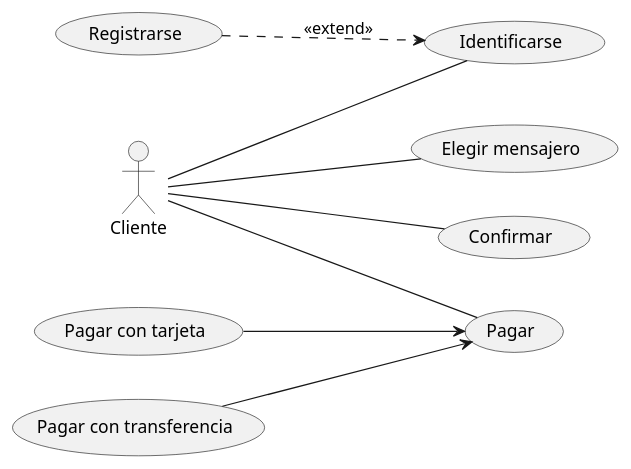
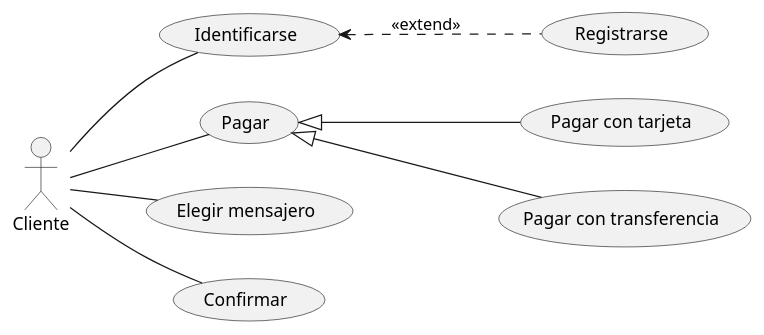
The diagram in src/Tienda_Internet.puml (Jonycuenca/Casos_de_uso), drawn with PlantUML before and after one commit. The commit also changed 2 other files, not shown here.

```diff
--- a/src/Tienda_Internet.puml
+++ b/src/Tienda_Internet.puml
@@ -1,23 +1,23 @@
 @startuml
 
 left to right direction
 Actor Cliente as C
 
 usecase "Identificarse" as I
 usecase "Pagar" as P
 usecase "Elegir mensajero" as EM
 usecase "Confirmar" as Co
 usecase "Registrarse" as R
 usecase "Pagar con tarjeta" as Ptra
 usecase "Pagar con transferencia" as Ptar
 
 C -- I
 C -- P
 C -- EM
 C -- Co
 
-R ..> I : <<extend>>
-Ptra --> P
-Ptar --> P
+I <.. R : <<extend>>
+P <|-- Ptra
+P <|-- Ptar
 
 @enduml
```
